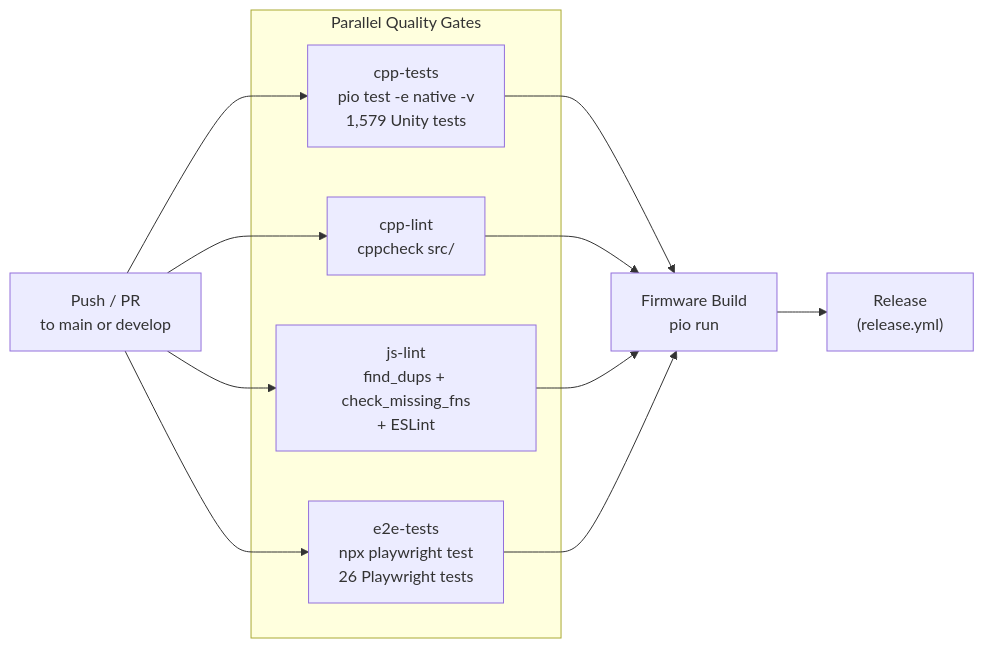
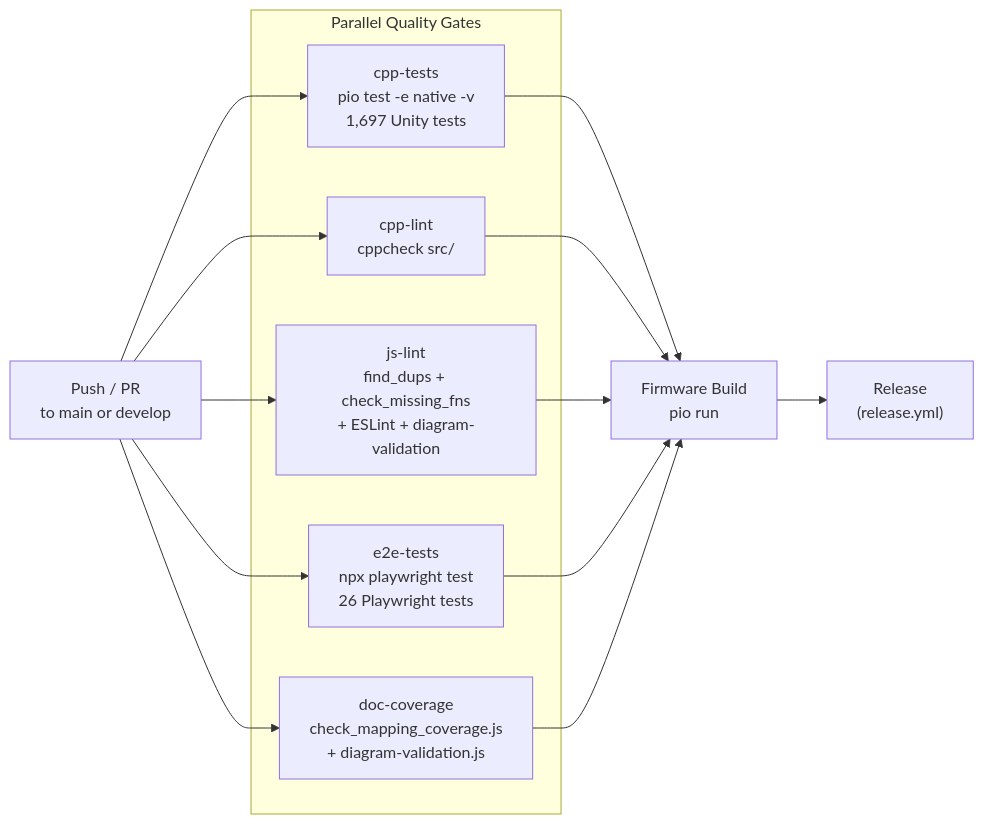
The second of 2 diagrams in docs-site/docs/developer/testing.md (Schmackos/ALX_Nova_Controller_2), drawn with Mermaid before and after one commit. The commit also changed other lines of this file and 18 other files, not shown here.

First line of the commit message:
feat: diagram drift prevention — static validator, CI enforcement, doc fixes

````diff
--- a/docs-site/docs/developer/testing.md
+++ b/docs-site/docs/developer/testing.md
@@ -296,17 +296,18 @@
 ```mermaid
 flowchart LR
     PUSH["Push / PR\nto main or develop"]
 
     subgraph Gates ["Parallel Quality Gates"]
-        CPP["cpp-tests\npio test -e native -v\n1,579 Unity tests"]
+        CPP["cpp-tests\npio test -e native -v\n1,697 Unity tests"]
         LINT["cpp-lint\ncppcheck src/"]
-        JS["js-lint\nfind_dups + check_missing_fns\n+ ESLint"]
+        JS["js-lint\nfind_dups + check_missing_fns\n+ ESLint + diagram-validation"]
         E2E["e2e-tests\nnpx playwright test\n26 Playwright tests"]
+        DOC["doc-coverage\ncheck_mapping_coverage.js\n+ diagram-validation.js"]
     end
 
     BUILD["Firmware Build\npio run"]
     RELEASE["Release\n(release.yml)"]
 
-    PUSH --> CPP & LINT & JS & E2E
-    CPP & LINT & JS & E2E --> BUILD --> RELEASE
+    PUSH --> CPP & LINT & JS & E2E & DOC
+    CPP & LINT & JS & E2E & DOC --> BUILD --> RELEASE
 ```
````
